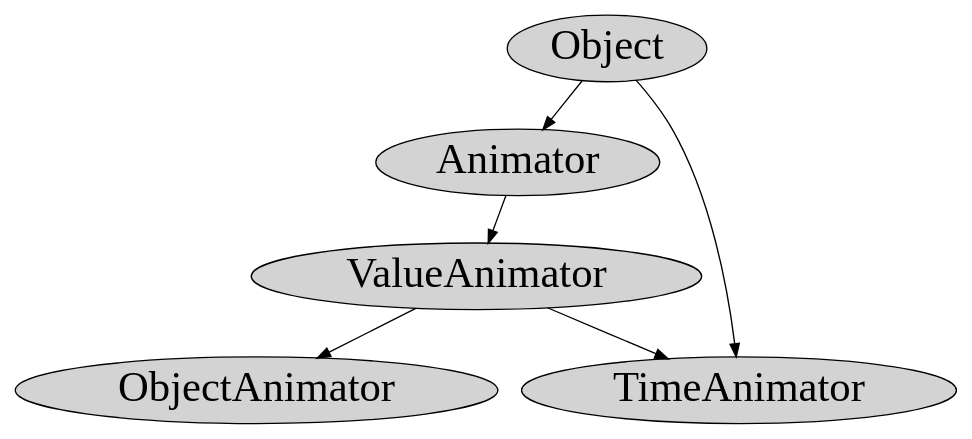
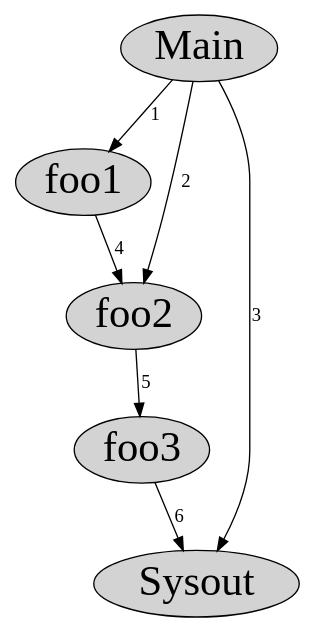
The diagram in qianxiangxing/draft/图纸.dot (Xiangxingqian/NJUST), drawn with Graphviz before and after one commit. The commit also changed 20 other files, not shown here.

```diff
--- a/qianxiangxing/draft/图纸.dot
+++ b/qianxiangxing/draft/图纸.dot
@@ -1,15 +1,16 @@
 digraph d {
  node [margin=0  fontsize=32 width=0.5 shape=oval style=filled]
  
- O [label="Object"]
- A [label="Animator"]
- B [label="ValueAnimator"]
- C [label="ObjectAnimator"]
- D [label="TimeAnimator"]
+ O [label="Main"]
+ A [label="foo1"]
+ B [label="foo2"]
+ C [label="foo3"]
+ D [label="Sysout"]
  
- O -> A 
- A -> B 
- B -> C 
- B -> D 
- O -> D 
+ O -> A [label=1]
+ O -> B [label=2]
+ O -> D [label=3]
+ A -> B [label=4]
+ B -> C [label=5]
+ C -> D [label=6]
 }
```
